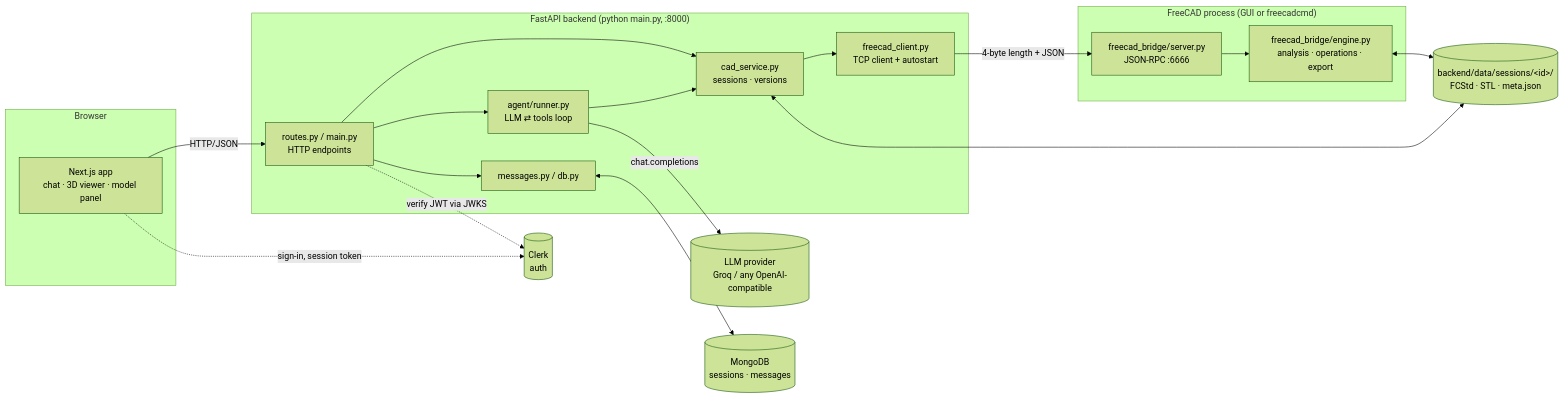
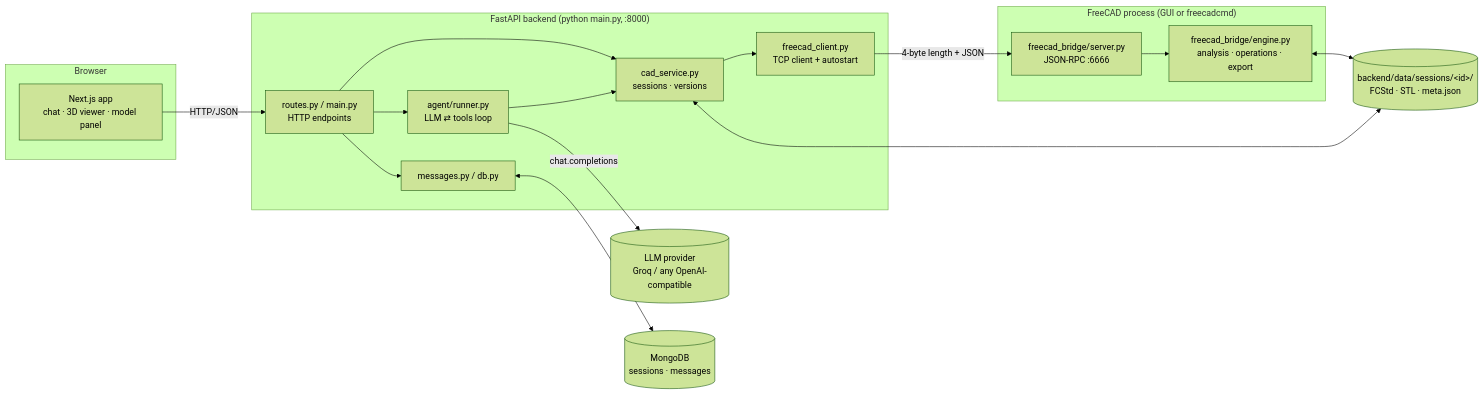
One commit to V1NAY-10/Major_Project changed the first of 6 diagrams in docs/ARCHITECTURE.md. Above: the diagram before and after it, drawn with Mermaid (forest theme). The commit also changed other lines of this file and 43 other files, not shown here.

````diff
--- a/docs/ARCHITECTURE.md
+++ b/docs/ARCHITECTURE.md
@@ -57,36 +57,33 @@
 ```mermaid
 flowchart LR
     subgraph Browser
         UI["Next.js app<br/>chat · 3D viewer · model panel"]
     end
     subgraph Backend["FastAPI backend (python main.py, :8000)"]
         R["routes.py / main.py<br/>HTTP endpoints"]
         A["agent/runner.py<br/>LLM ⇄ tools loop"]
         S["cad_service.py<br/>sessions · versions"]
         C["freecad_client.py<br/>TCP client + autostart"]
         M["messages.py / db.py"]
     end
     subgraph FreeCAD["FreeCAD process (GUI or freecadcmd)"]
         SV["freecad_bridge/server.py<br/>JSON-RPC :6666"]
         E["freecad_bridge/engine.py<br/>analysis · operations · export"]
     end
     LLM[("LLM provider<br/>Groq / any OpenAI-compatible")]
     DB[("MongoDB<br/>sessions · messages")]
     FS[("backend/data/sessions/&lt;id&gt;/<br/>FCStd · STL · meta.json")]
-    CL[("Clerk<br/>auth")]
 
     UI -- HTTP/JSON --> R
-    UI -. sign-in, session token .-> CL
-    R -. verify JWT via JWKS .-> CL
     R --> A
     R --> S
     A --> S
     A -- chat.completions --> LLM
     S --> C
     C -- "4-byte length + JSON" --> SV
     SV --> E
     E <--> FS
     S <--> FS
     R --> M
     M <--> DB
 ```
````
